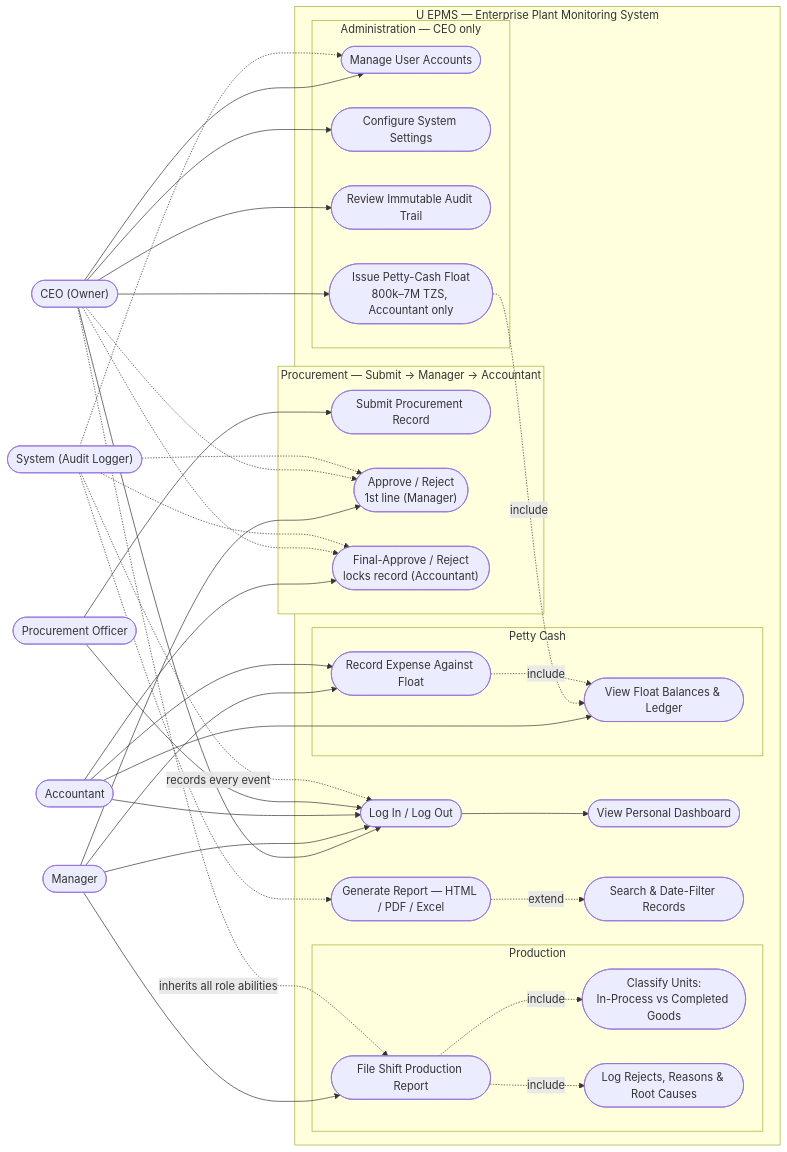
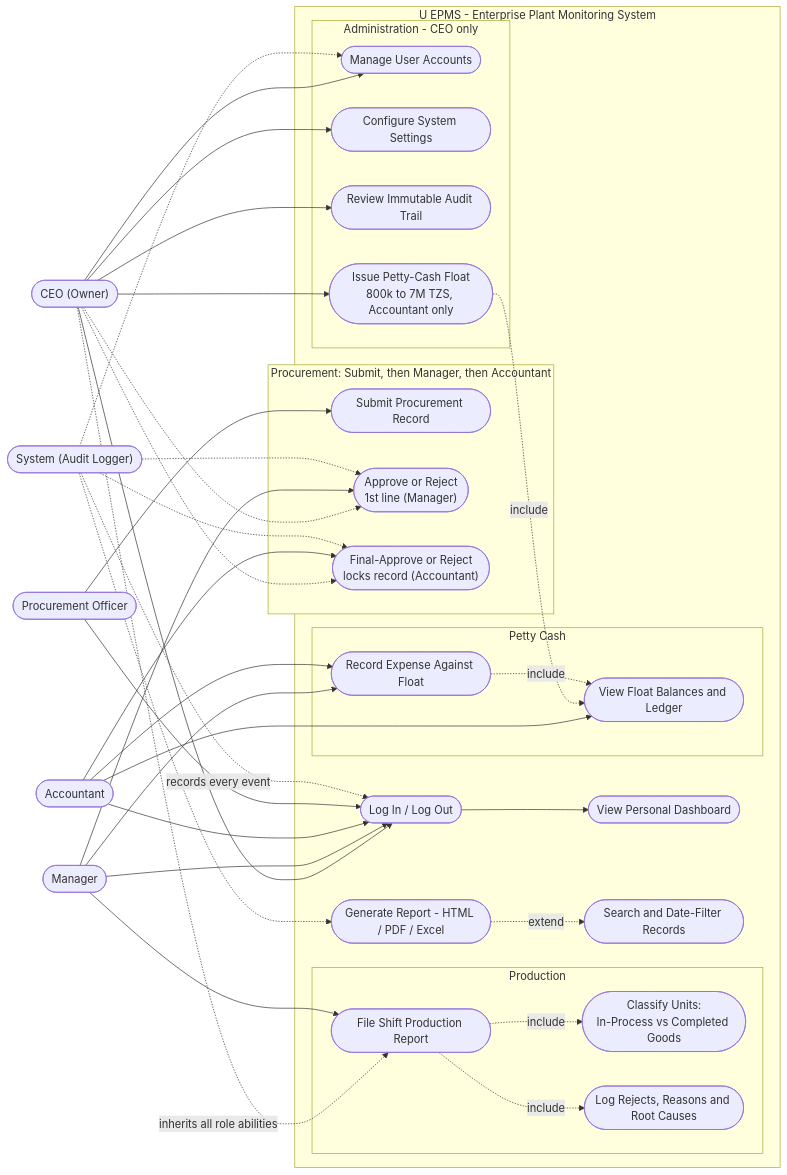
One commit to yohan-sudo/epms-local changed the first of 4 diagrams in README.md. Above: the diagram before and after it, drawn with Mermaid. The commit also changed other lines of this file and 62 other files, not shown here.

First line of the commit message:
Remove role switcher, enforce uppercase names, make docs pure portable Mermaid

````diff
--- a/README.md
+++ b/README.md
@@ -22,60 +22,70 @@
 ```mermaid
-flowchart LR
-    subgraph UEPMS["U EPMS — Enterprise Plant Monitoring System"]
+graph LR
+    subgraph UEPMS["U EPMS - Enterprise Plant Monitoring System"]
         UC1(["Log In / Log Out"])
         UC2(["View Personal Dashboard"])
 
-        subgraph Admin["Administration — CEO only"]
+        subgraph Admin["Administration - CEO only"]
             UC10(["Manage User Accounts"])
             UC12(["Configure System Settings"])
             UC13(["Review Immutable Audit Trail"])
-            UC14(["Issue Petty-Cash Float<br/>800k–7M TZS, Accountant only"])
+            UC14(["Issue Petty-Cash Float<br/>800k to 7M TZS, Accountant only"])
         end
 
         subgraph Prod["Production"]
             UC20(["File Shift Production Report"])
             UC21(["Classify Units:<br/>In-Process vs Completed Goods"])
-            UC22(["Log Rejects, Reasons & Root Causes"])
+            UC22(["Log Rejects, Reasons and Root Causes"])
         end
 
-        subgraph Proc["Procurement — Submit → Manager → Accountant"]
+        subgraph Proc["Procurement: Submit, then Manager, then Accountant"]
             UC30(["Submit Procurement Record"])
-            UC31(["Approve / Reject<br/>1st line (Manager)"])
-            UC32(["Final-Approve / Reject<br/>locks record (Accountant)"])
+            UC31(["Approve or Reject<br/>1st line (Manager)"])
+            UC32(["Final-Approve or Reject<br/>locks record (Accountant)"])
         end
 
         subgraph Cash["Petty Cash"]
             UC40(["Record Expense Against Float"])
-            UC41(["View Float Balances & Ledger"])
+            UC41(["View Float Balances and Ledger"])
         end
 
-        UC50(["Search & Date-Filter Records"])
-        UC60(["Generate Report — HTML / PDF / Excel"])
+        UC50(["Search and Date-Filter Records"])
+        UC60(["Generate Report - HTML / PDF / Excel"])
     end
 
     CEO(["CEO (Owner)"]) --> UC1
     MGR(["Manager"]) --> UC1
     ACC(["Accountant"]) --> UC1
     PO(["Procurement Officer"]) --> UC1
 
-    CEO --> UC10 & UC12 & UC13 & UC14
-    MGR --> UC20 & UC31 & UC40
-    ACC --> UC32 & UC40 & UC41
-    PO --> UC30
-    CEO -. "inherits all role abilities" .-> UC20
+    CEO --> UC10
+    CEO --> UC12
+    CEO --> UC13
+    CEO --> UC14
+    CEO -.->|"inherits all role abilities"| UC20
     CEO -.-> UC31
     CEO -.-> UC32
 
+    MGR --> UC20
+    MGR --> UC31
+    MGR --> UC40
+
+    ACC --> UC32
+    ACC --> UC40
+    ACC --> UC41
+
+    PO --> UC30
+
     UC1 --> UC2
-    UC20 -. include .-> UC21
-    UC20 -. include .-> UC22
-    UC14 -. include .-> UC41
-    UC40 -. include .-> UC41
-    UC60 -. extend .-> UC50
+    UC20 -.->|"include"| UC21
+    UC20 -.->|"include"| UC22
+    UC14 -.->|"include"| UC41
+    UC40 -.->|"include"| UC41
+    UC60 -.->|"extend"| UC50
 
-    SYS(["System (Audit Logger)"]) -. records every event .-> UC1
+    SYS(["System (Audit Logger)"]) -.->|"records every event"| UC1
     SYS -.-> UC10
     SYS -.-> UC31
     SYS -.-> UC32
     SYS -.-> UC60
 ```
````
